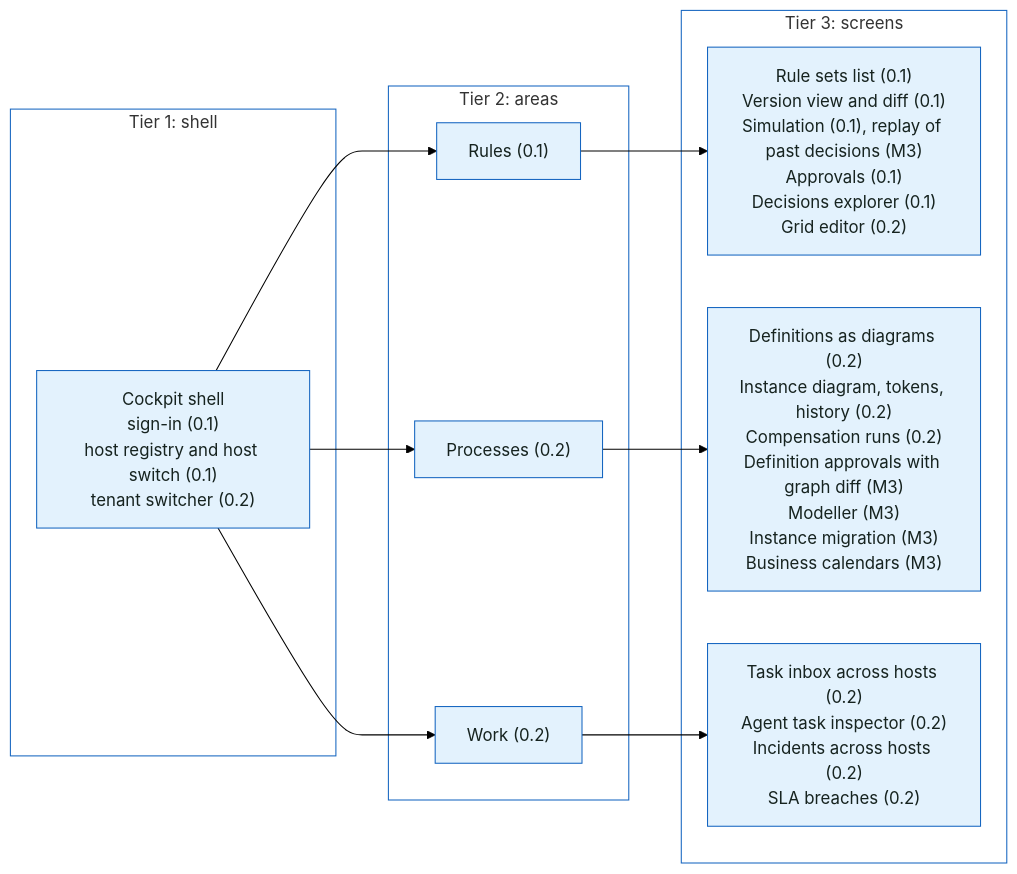
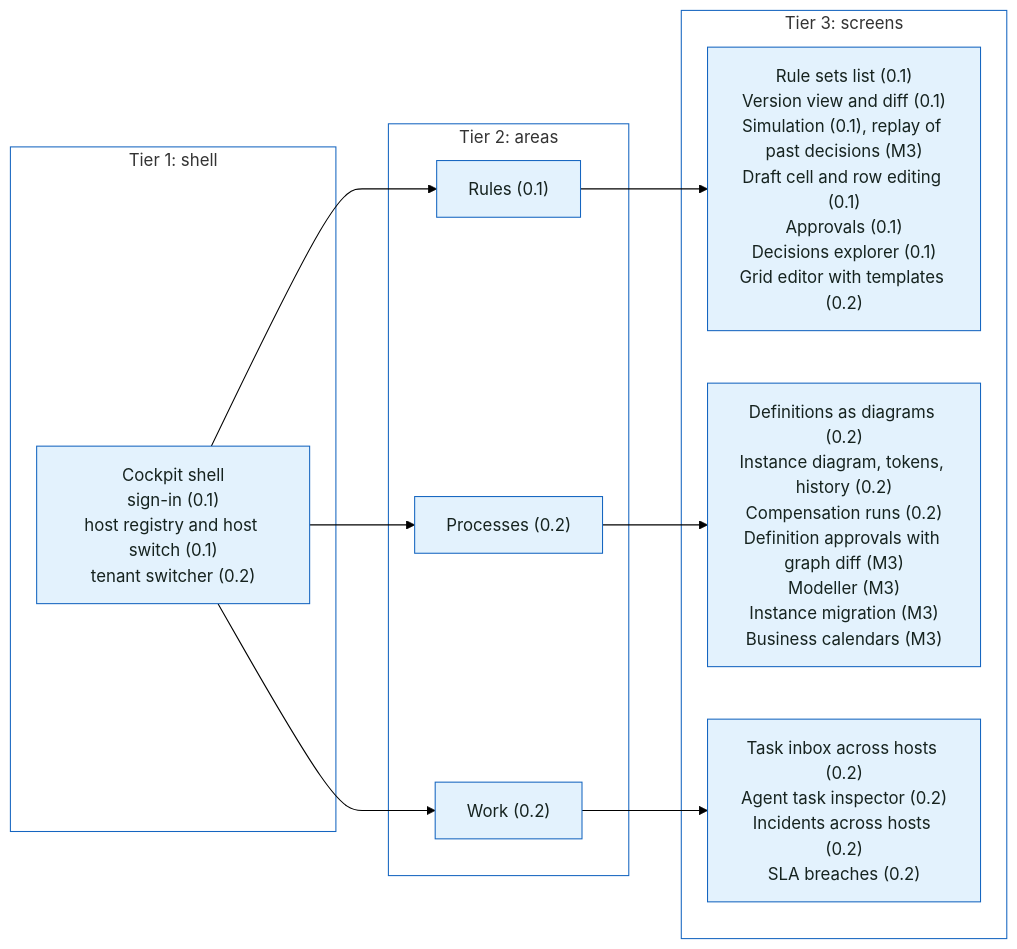
The diagram in wiki/diagrams/cockpit-screen-hierarchy.mmd (dhluong90/horus-Agentic-BPM), drawn with Mermaid (forest theme) before and after one commit. The commit also changed 16 other files, not shown here.

Commit message:
docs(wiki): principles 9 and 13, staged BPMN/DMN, delegated decisions across FAQ, roadmap, cockpit and configuration pages

```diff
--- a/wiki/diagrams/cockpit-screen-hierarchy.mmd
+++ b/wiki/diagrams/cockpit-screen-hierarchy.mmd
@@ -1,31 +1,31 @@
 flowchart LR
   subgraph T1["Tier 1: shell"]
     SH["Cockpit shell<br/>sign-in (0.1)<br/>host registry and host switch (0.1)<br/>tenant switcher (0.2)"]
   end
   subgraph T2["Tier 2: areas"]
     RU["Rules (0.1)"]
     PR["Processes (0.2)"]
     WK["Work (0.2)"]
   end
   subgraph T3["Tier 3: screens"]
-    RS["Rule sets list (0.1)<br/>Version view and diff (0.1)<br/>Simulation (0.1), replay of past decisions (M3)<br/>Approvals (0.1)<br/>Decisions explorer (0.1)<br/>Grid editor (0.2)"]
+    RS["Rule sets list (0.1)<br/>Version view and diff (0.1)<br/>Simulation (0.1), replay of past decisions (M3)<br/>Draft cell and row editing (0.1)<br/>Approvals (0.1)<br/>Decisions explorer (0.1)<br/>Grid editor with templates (0.2)"]
     PS["Definitions as diagrams (0.2)<br/>Instance diagram, tokens, history (0.2)<br/>Compensation runs (0.2)<br/>Definition approvals with graph diff (M3)<br/>Modeller (M3)<br/>Instance migration (M3)<br/>Business calendars (M3)"]
     WS["Task inbox across hosts (0.2)<br/>Agent task inspector (0.2)<br/>Incidents across hosts (0.2)<br/>SLA breaches (0.2)"]
   end
   SH --> RU
   SH --> PR
   SH --> WK
   RU --> RS
   PR --> PS
   WK --> WS
 
   classDef client fill:#E3F2FD,stroke:#1565C0,color:#16231F
   classDef host fill:#E8F5E9,stroke:#2E7D32,color:#16231F
   classDef engine fill:#E0F2F1,stroke:#00796B,stroke-width:2px,color:#16231F
   classDef db fill:#FFF8E1,stroke:#F9A825,color:#16231F
   classDef external fill:#F3E5F5,stroke:#6A1B9A,color:#16231F
   classDef obs fill:#ECEFF1,stroke:#546E7A,color:#16231F
   class SH,RU,PR,WK,RS,PS,WS client
   style T1 fill:none,stroke:#1565C0
   style T2 fill:none,stroke:#1565C0
   style T3 fill:none,stroke:#1565C0
```
